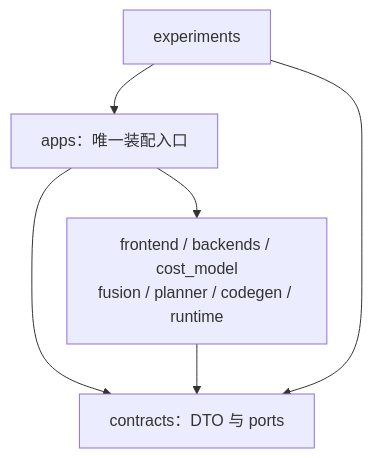
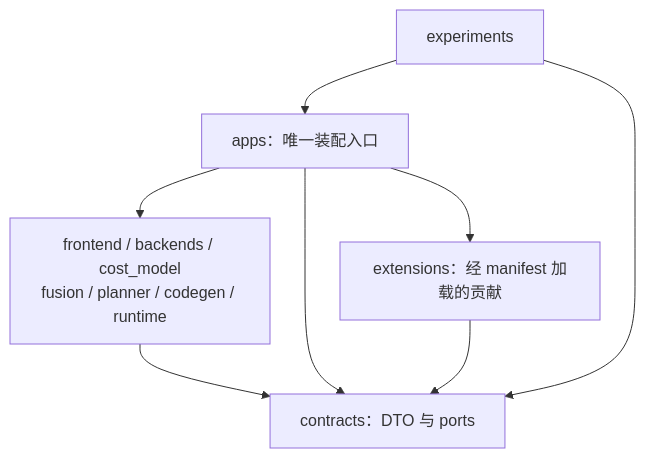
Before and after one commit to superHappy-yo/OpFusion: the diagram in docs/architecture/dependency-rules.md, drawn with Mermaid. The commit also changed other lines of this file and 38 other files, not shown here.

````diff
--- a/docs/architecture/dependency-rules.md
+++ b/docs/architecture/dependency-rules.md
@@ -26,10 +27,12 @@
 ```mermaid
 flowchart TB
     accTitle: OpFusion Source Dependency Direction
     accDescr: apps 装配具体模块，业务模块只依赖 contracts，experiments 通过 apps 公共入口运行实验，业务模块不依赖实验。
     experiments["experiments"] --> apps["apps：唯一装配入口"]
     apps --> implementation_modules["frontend / backends / cost_model<br/>fusion / planner / codegen / runtime"]
     apps --> contracts["contracts：DTO 与 ports"]
     implementation_modules --> contracts
     experiments --> contracts
+    apps --> extensions["extensions：经 manifest 加载的贡献"]
+    extensions --> contracts
 ```
````
